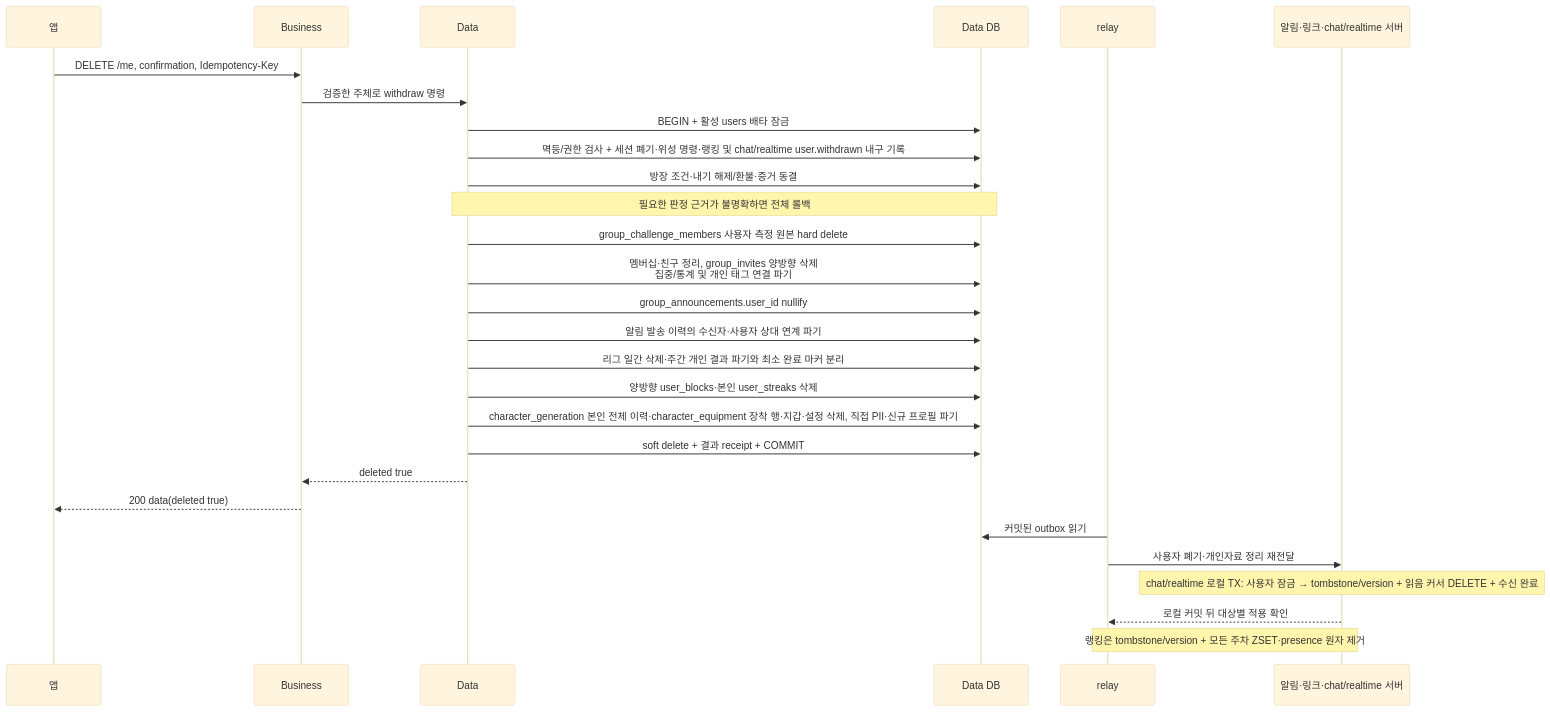
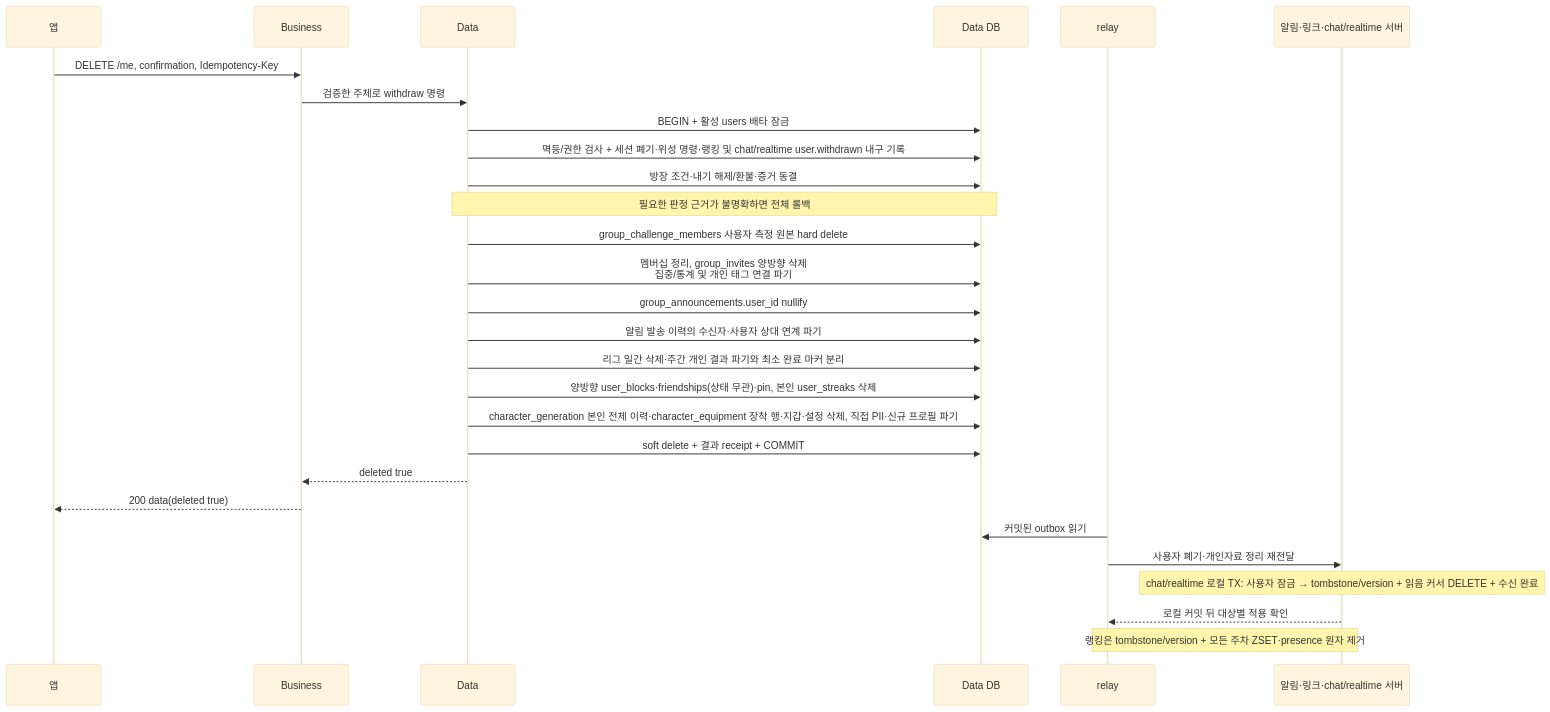
The fifth of 6 diagrams in docs/prd/account/high-level-design.md (OneOrThree/phone), drawn with Mermaid (base theme) before and after one commit. The commit also changed other lines of this file and 4 other files, not shown here.

````diff
--- a/docs/prd/account/high-level-design.md
+++ b/docs/prd/account/high-level-design.md
@@ -151,30 +151,30 @@
 ```mermaid
 sequenceDiagram
     participant A as 앱
     participant B as Business
     participant D as Data
     participant DB as Data DB
     participant R as relay
     participant S as 알림·링크·chat/realtime 서버
     A->>B: DELETE /me, confirmation, Idempotency-Key
     B->>D: 검증한 주체로 withdraw 명령
     D->>DB: BEGIN + 활성 users 배타 잠금
     D->>DB: 멱등/권한 검사 + 세션 폐기·위성 명령·랭킹 및 chat/realtime user.withdrawn 내구 기록
     D->>DB: 방장 조건·내기 해제/환불·증거 동결
     Note over D,DB: 필요한 판정 근거가 불명확하면 전체 롤백
     D->>DB: group_challenge_members 사용자 측정 원본 hard delete
-    D->>DB: 멤버십·친구 정리, group_invites 양방향 삭제<br/>집중/통계 및 개인 태그 연결 파기
+    D->>DB: 멤버십 정리, group_invites 양방향 삭제<br/>집중/통계 및 개인 태그 연결 파기
     D->>DB: group_announcements.user_id nullify
     D->>DB: 알림 발송 이력의 수신자·사용자 상대 연계 파기
     D->>DB: 리그 일간 삭제·주간 개인 결과 파기와 최소 완료 마커 분리
-    D->>DB: 양방향 user_blocks·본인 user_streaks 삭제
+    D->>DB: 양방향 user_blocks·friendships(상태 무관)·pin, 본인 user_streaks 삭제
     D->>DB: character_generation 본인 전체 이력·character_equipment 장착 행·지갑·설정 삭제, 직접 PII·신규 프로필 파기
     D->>DB: soft delete + 결과 receipt + COMMIT
     D-->>B: deleted true
     B-->>A: 200 data(deleted true)
     R->>DB: 커밋된 outbox 읽기
     R->>S: 사용자 폐기·개인자료 정리 재전달
     Note over S: chat/realtime 로컬 TX: 사용자 잠금 → tombstone/version + 읽음 커서 DELETE + 수신 완료
     S-->>R: 로컬 커밋 뒤 대상별 적용 확인
     Note over R,S: 랭킹은 tombstone/version + 모든 주차 ZSET·presence 원자 제거
 ```
````
